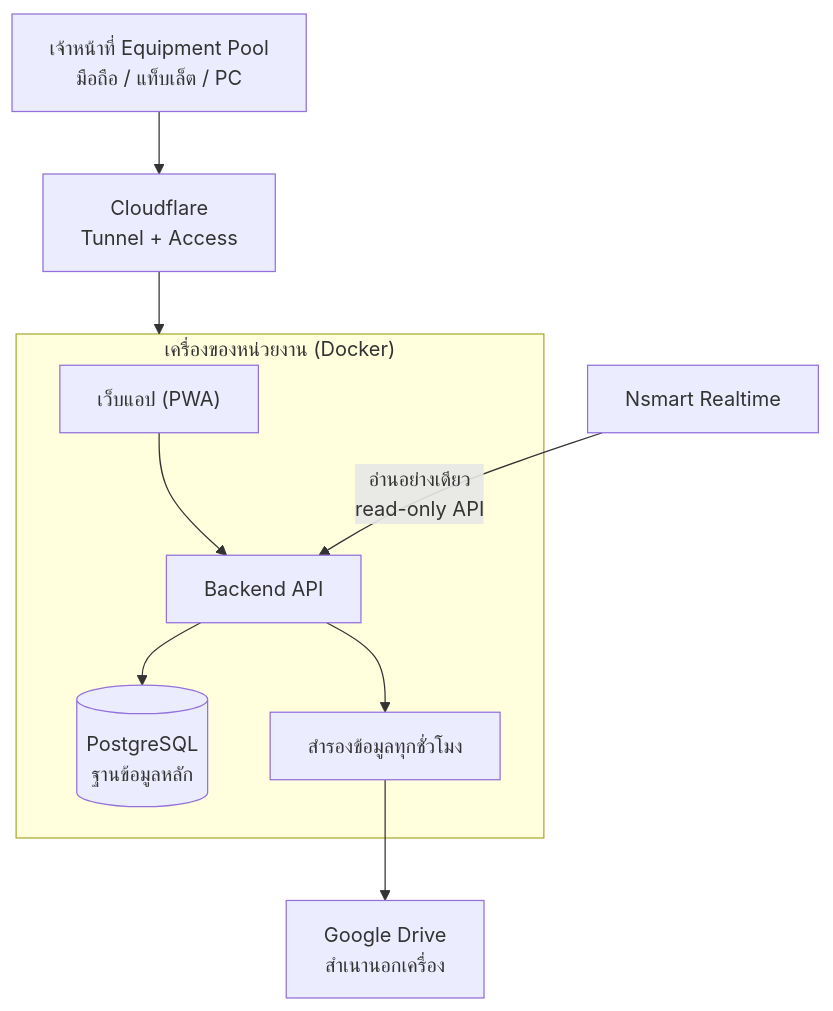
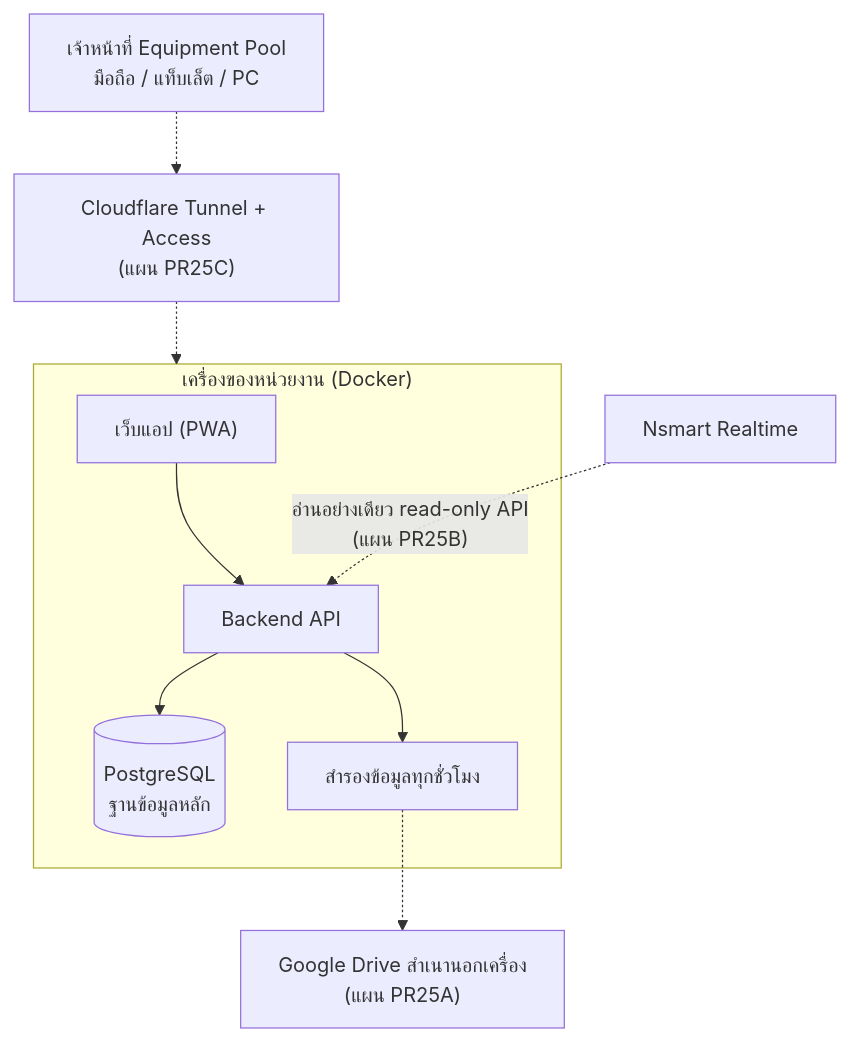
The second of 2 diagrams in docs/OVERVIEW.md (manmenex/medical-equipment-pool), drawn with Mermaid before and after one commit. The commit also changed other lines of this file, not shown here.

First line of the commit message:
Docs: fix OVERVIEW lifecycle diagram and mark planned PR25 items as plans

````diff
--- a/docs/OVERVIEW.md
+++ b/docs/OVERVIEW.md
@@ -62,12 +63,12 @@
 ```mermaid
 flowchart TB
-    U["เจ้าหน้าที่ Equipment Pool<br/>มือถือ / แท็บเล็ต / PC"] --> CF["Cloudflare<br/>Tunnel + Access"]
-    CF --> H
+    U["เจ้าหน้าที่ Equipment Pool<br/>มือถือ / แท็บเล็ต / PC"] -.-> CF["Cloudflare Tunnel + Access<br/>(แผน PR25C)"]
+    CF -.-> H
     subgraph H["เครื่องของหน่วยงาน (Docker)"]
         FE["เว็บแอป (PWA)"] --> BE["Backend API"]
         BE --> DB[("PostgreSQL<br/>ฐานข้อมูลหลัก")]
         BE --> BK["สำรองข้อมูลทุกชั่วโมง"]
     end
-    BK --> GD["Google Drive<br/>สำเนานอกเครื่อง"]
-    NS["Nsmart Realtime"] -->|"อ่านอย่างเดียว<br/>read-only API"| BE
+    BK -.-> GD["Google Drive สำเนานอกเครื่อง<br/>(แผน PR25A)"]
+    NS["Nsmart Realtime"] -.->|"อ่านอย่างเดียว read-only API<br/>(แผน PR25B)"| BE
 ```
````
